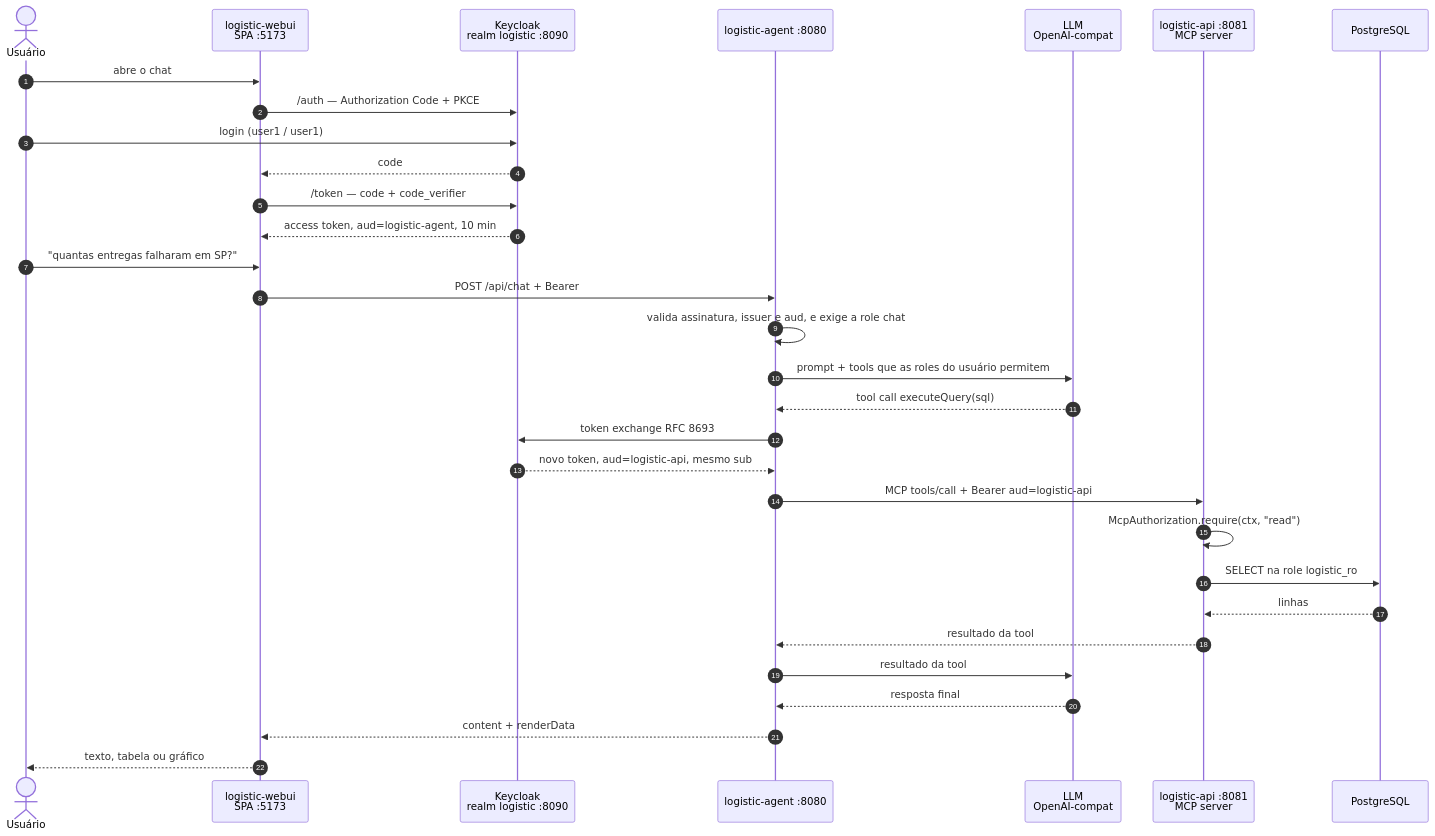
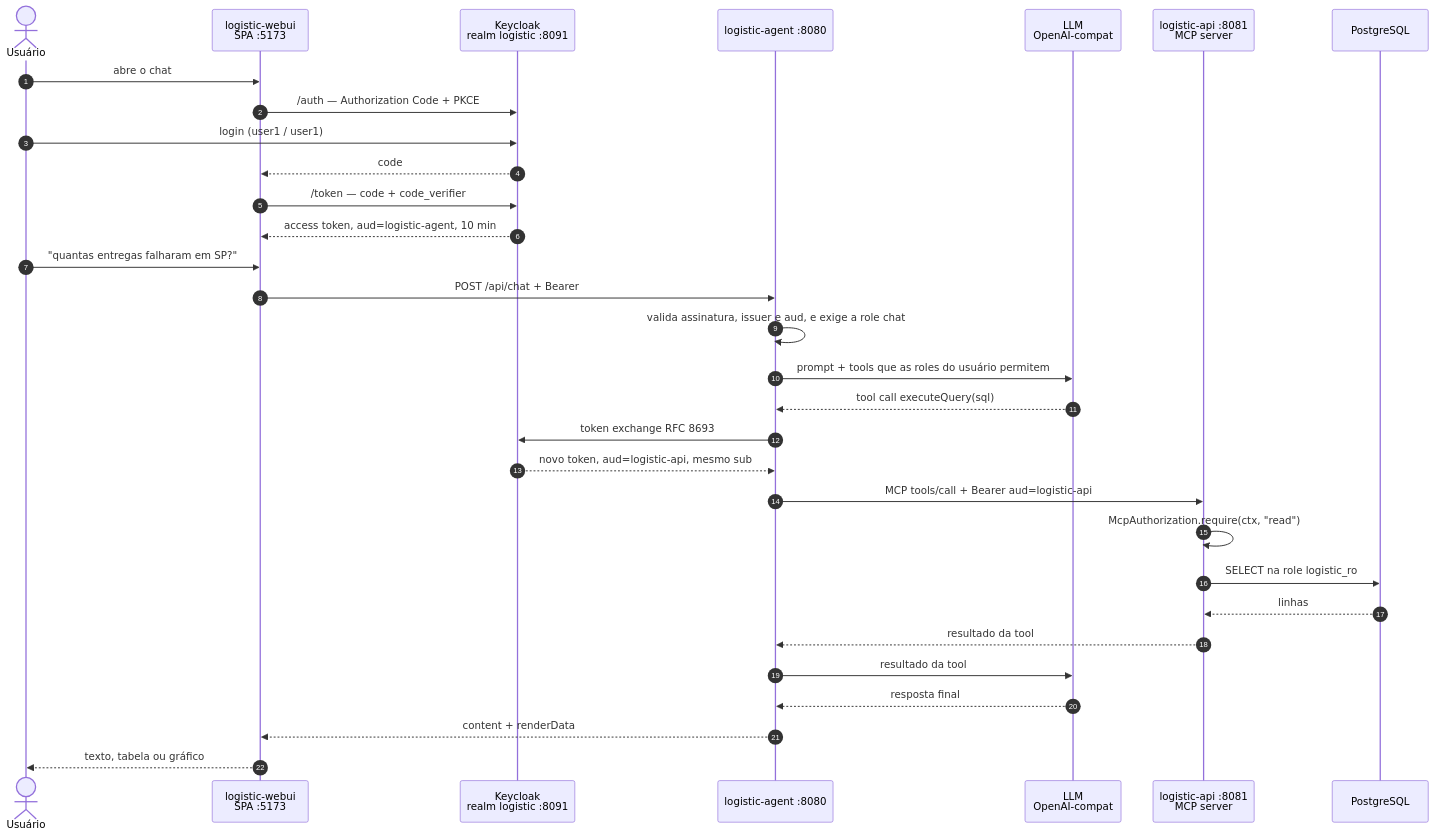
The diagram in docs/security.md (fabio-barboza/logistic-platform), drawn with Mermaid before and after one commit. The commit also changed other lines of this file and 132 other files, not shown here.

````diff
--- a/docs/security.md
+++ b/docs/security.md
@@ -21,34 +21,34 @@
 ```mermaid
 sequenceDiagram
     autonumber
     actor U as Usuário
     participant W as logistic-webui<br/>SPA :5173
-    participant K as Keycloak<br/>realm logistic :8090
+    participant K as Keycloak<br/>realm logistic :8091
     participant A as logistic-agent :8080
     participant L as LLM<br/>OpenAI-compat
     participant P as logistic-api :8081<br/>MCP server
     participant D as PostgreSQL
 
     U->>W: abre o chat
     W->>K: /auth — Authorization Code + PKCE
     U->>K: login (user1 / user1)
     K-->>W: code
     W->>K: /token — code + code_verifier
     K-->>W: access token, aud=logistic-agent, 10 min
     U->>W: "quantas entregas falharam em SP?"
     W->>A: POST /api/chat + Bearer
     A->>A: valida assinatura, issuer e aud, e exige a role chat
     A->>L: prompt + tools que as roles do usuário permitem
     L-->>A: tool call executeQuery(sql)
     A->>K: token exchange RFC 8693
     K-->>A: novo token, aud=logistic-api, mesmo sub
     A->>P: MCP tools/call + Bearer aud=logistic-api
     P->>P: McpAuthorization.require(ctx, "read")
     P->>D: SELECT na role logistic_ro
     D-->>P: linhas
     P-->>A: resultado da tool
     A->>L: resultado da tool
     L-->>A: resposta final
     A-->>W: content + renderData
     W-->>U: texto, tabela ou gráfico
 ```
````
